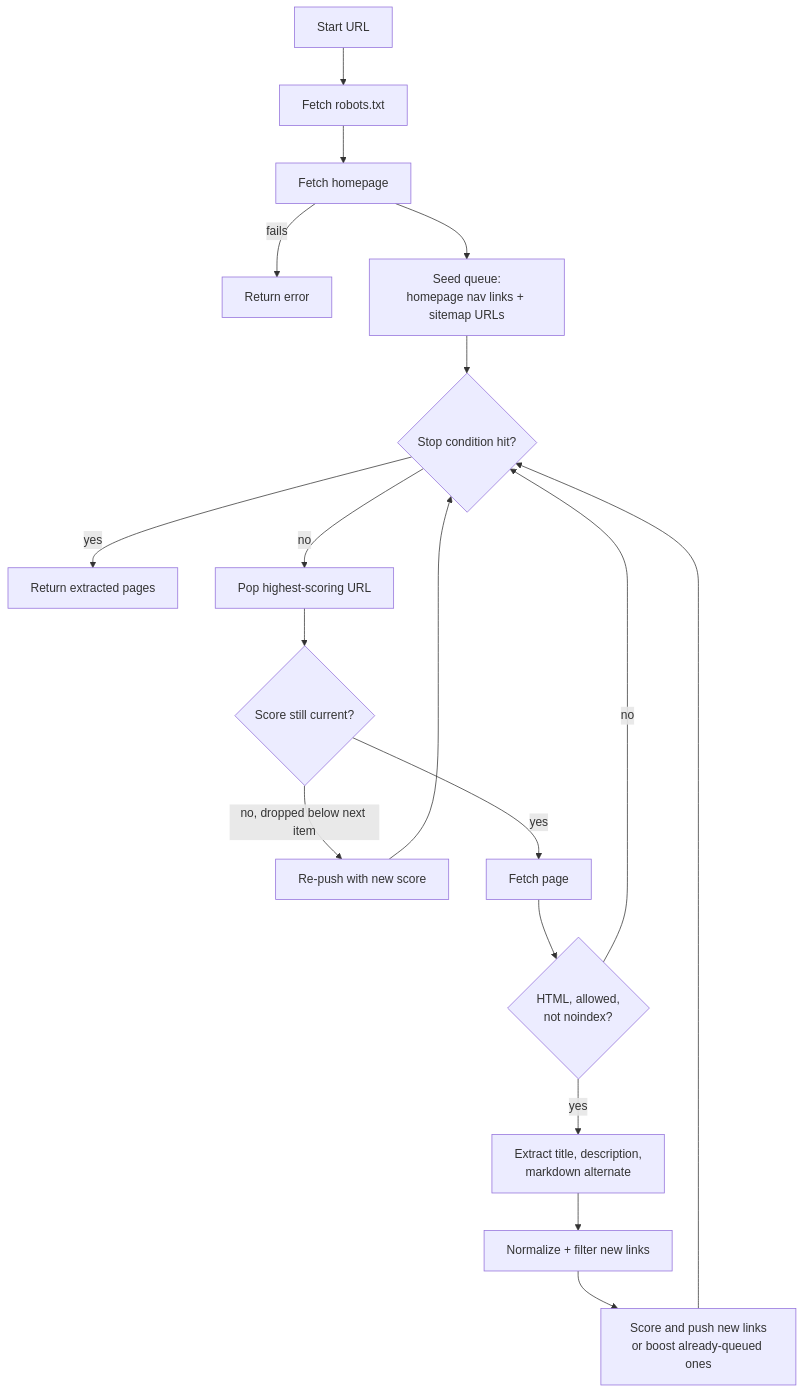
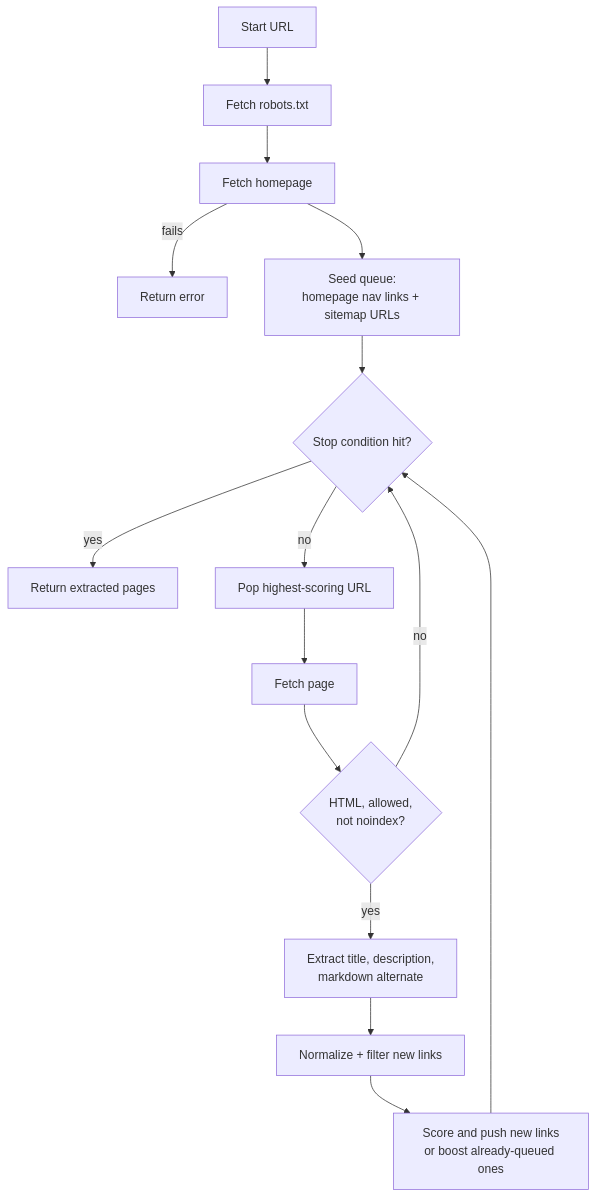
The diagram in docs/crawler.md (nmallekav/llms-txt-nishanth-mallekav), drawn with Mermaid before and after one commit. The commit also changed other lines of this file and 22 other files, not shown here.

````diff
--- a/docs/crawler.md
+++ b/docs/crawler.md
@@ -17,19 +17,17 @@
 ```mermaid
 flowchart TD
     A[Start URL] --> B[Fetch robots.txt]
     B --> C[Fetch homepage]
     C -->|fails| X[Return error]
     C --> D[Seed queue:<br/>homepage nav links + sitemap URLs]
     D --> E{Stop condition hit?}
     E -->|yes| Z[Return extracted pages]
     E -->|no| F[Pop highest-scoring URL]
-    F --> G{Score still current?}
-    G -->|no, dropped below next item| H[Re-push with new score] --> E
-    G -->|yes| I[Fetch page]
+    F --> I[Fetch page]
     I --> J{HTML, allowed,<br/>not noindex?}
     J -->|no| E
     J -->|yes| K[Extract title, description,<br/>markdown alternate]
     K --> L[Normalize + filter new links]
     L --> M[Score and push new links<br/>or boost already-queued ones]
     M --> E
 ```
````
